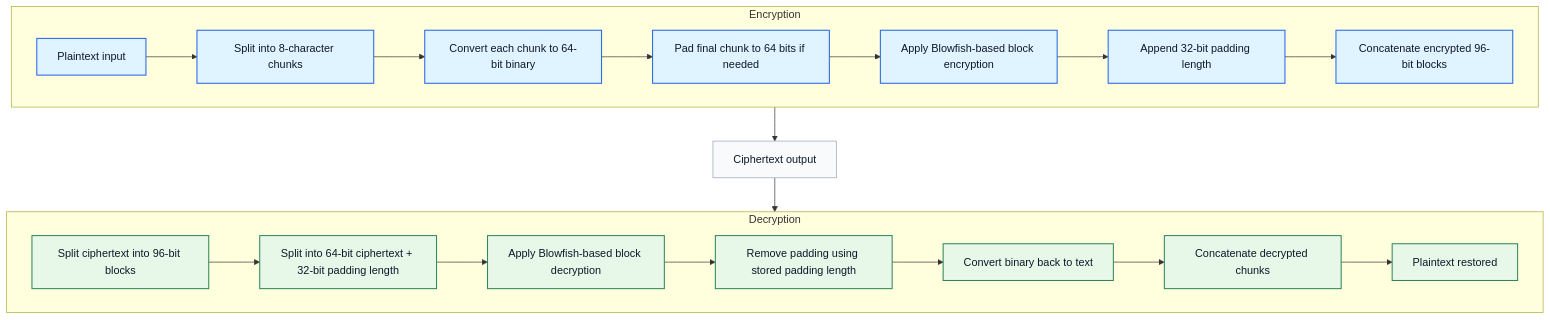
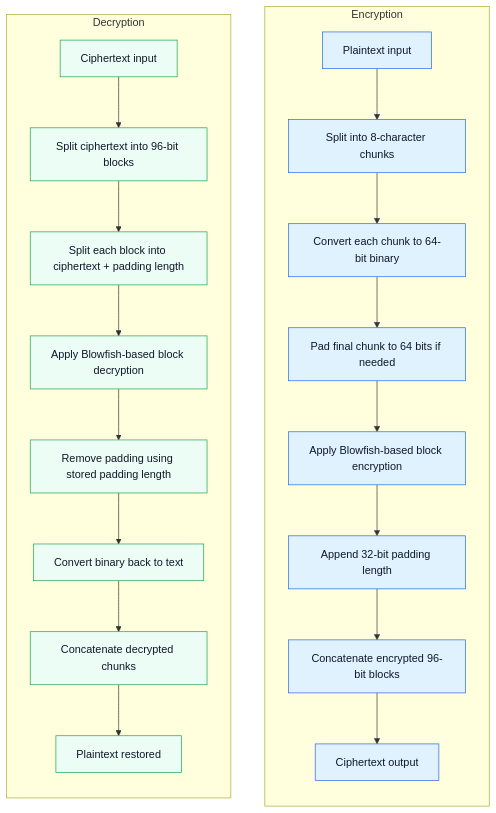
One commit to jgeo12/encryptor-app changed the diagram in README.md. Above: the diagram before and after it, drawn with Mermaid.

````diff
--- a/README.md
+++ b/README.md
@@ -10,35 +10,29 @@
 ```mermaid
-flowchart TD
+flowchart TB
     subgraph ENC[Encryption]
-        direction LR
+        direction TB
         A[Plaintext input] --> B[Split into 8-character chunks]
         B --> C[Convert each chunk to 64-bit binary]
         C --> D[Pad final chunk to 64 bits if needed]
         D --> E[Apply Blowfish-based block encryption]
         E --> F[Append 32-bit padding length]
         F --> G[Concatenate encrypted 96-bit blocks]
+        G --> H[Ciphertext output]
     end
 
-    G --> H[Ciphertext output]
-
     subgraph DEC[Decryption]
-        direction LR
-        I[Split ciphertext into 96-bit blocks]
-        I --> J[Split into 64-bit ciphertext + 32-bit padding length]
-        J --> K[Apply Blowfish-based block decryption]
-        K --> L[Remove padding using stored padding length]
-        L --> M[Convert binary back to text]
-        M --> N[Concatenate decrypted chunks]
-        N --> O[Plaintext restored]
+        direction TB
+        I[Ciphertext input] --> J[Split ciphertext into 96-bit blocks]
+        J --> K[Split each block into ciphertext + padding length]
+        K --> L[Apply Blowfish-based block decryption]
+        L --> M[Remove padding using stored padding length]
+        M --> N[Convert binary back to text]
+        N --> O[Concatenate decrypted chunks]
+        O --> P[Plaintext restored]
     end
 
-    H --> I
-
-    classDef enc fill:#dff4ff,stroke:#2563eb,stroke-width:1.5px,color:#0f172a;
-    classDef dec fill:#e7f8e8,stroke:#2f855a,stroke-width:1.5px,color:#0f172a;
-    classDef boundary fill:#f8fafc,stroke:#94a3b8,stroke-width:1px,color:#0f172a;
-
-    class A,B,C,D,E,F,G enc;
-    class H boundary;
-    class I,J,K,L,M,N,O dec;
+    classDef enc fill:#e0f2fe,stroke:#2563eb,stroke-width:1px,color:#0f172a;
+    classDef dec fill:#ecfdf5,stroke:#16a34a,stroke-width:1px,color:#0f172a;
+    class A,B,C,D,E,F,G,H enc;
+    class I,J,K,L,M,N,O,P dec;
 ```
````
